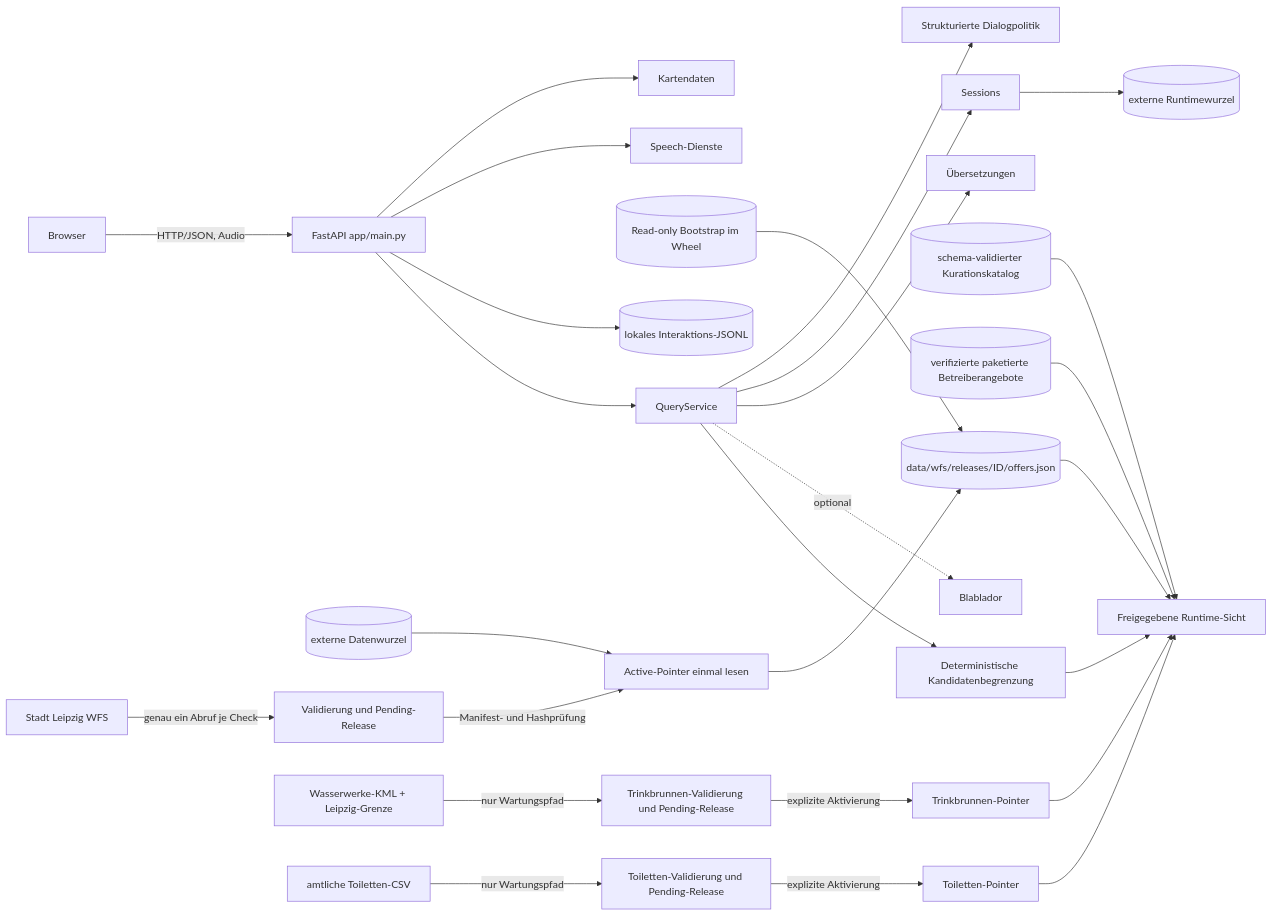
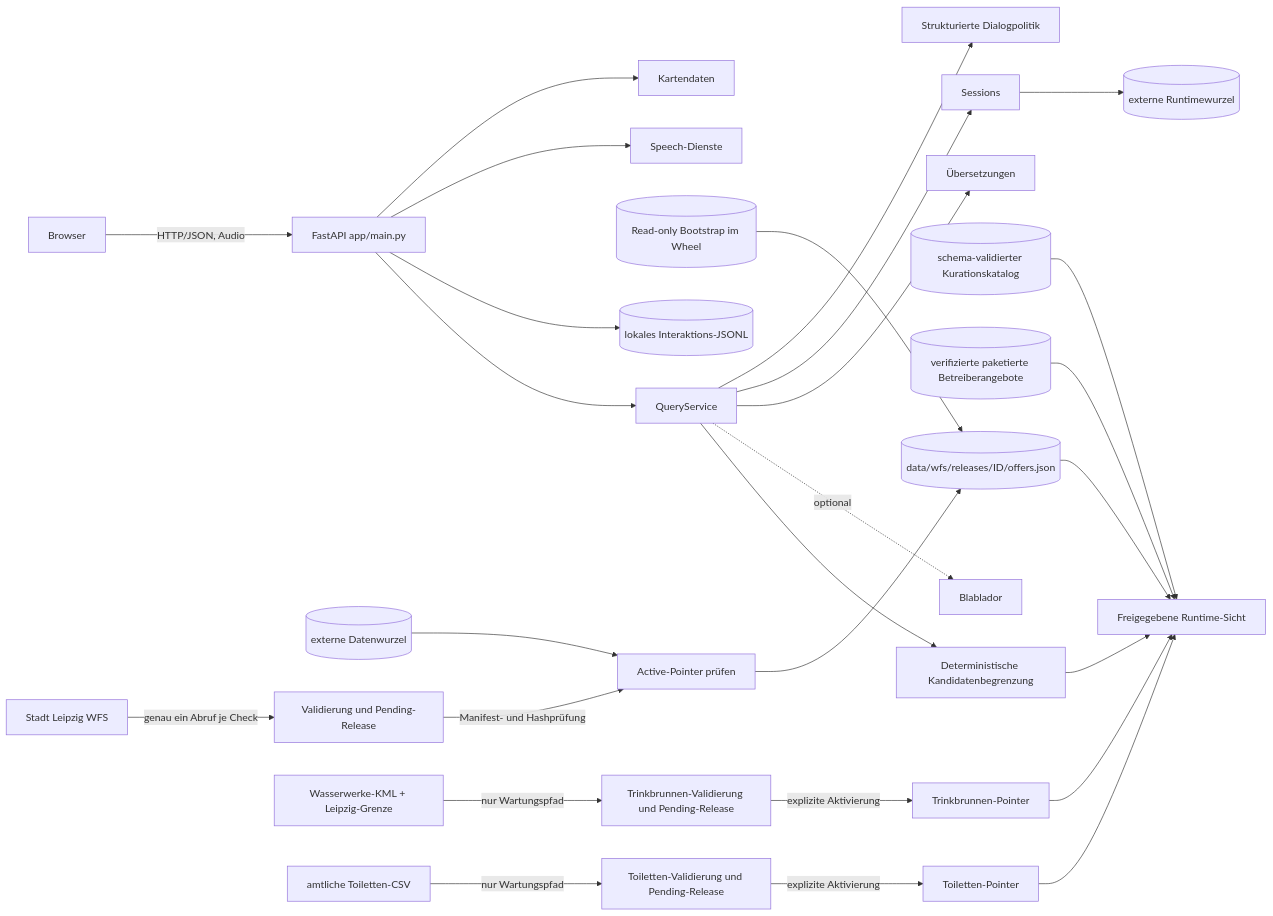
The diagram in docs/architecture.md (HannahHoffner/lena-grounded-voice-assistant), drawn with Mermaid before and after one commit. The commit also changed other lines of this file and 40 other files, not shown here.

````diff
--- a/docs/architecture.md
+++ b/docs/architecture.md
@@ -10,29 +10,29 @@
 ```mermaid
 flowchart LR
     U[Browser] -->|HTTP/JSON, Audio| A[FastAPI app/main.py]
     A --> S[QueryService]
     S --> R[Deterministische Kandidatenbegrenzung]
     S -. optional .-> L[Blablador]
     R --> Q[Freigegebene Runtime-Sicht]
-    C[Active-Pointer einmal lesen] --> K[(data/wfs/releases/ID/offers.json)]
+    C[Active-Pointer prüfen] --> K[(data/wfs/releases/ID/offers.json)]
     K --> Q
     V[(schema-validierter Kurationskatalog)] --> Q
     E[(verifizierte paketierte Betreiberangebote)] --> Q
     S --> I[Übersetzungen]
     S --> X[Sessions]
     S --> G[Strukturierte Dialogpolitik]
     B[(Read-only Bootstrap im Wheel)] --> K
     D[(externe Datenwurzel)] --> C
     X --> T[(externe Runtimewurzel)]
     A --> O[(lokales Interaktions-JSONL)]
     A --> P[Speech-Dienste]
     A --> M[Kartendaten]
     W[Stadt Leipzig WFS] -->|genau ein Abruf je Check| Y[Validierung und Pending-Release]
     Y -->|Manifest- und Hashprüfung| C
     F[Wasserwerke-KML + Leipzig-Grenze] -->|nur Wartungspfad| Z[Trinkbrunnen-Validierung und Pending-Release]
     Z -->|explizite Aktivierung| FC[Trinkbrunnen-Pointer]
     FC --> Q
     TCSV[amtliche Toiletten-CSV] -->|nur Wartungspfad| J[Toiletten-Validierung und Pending-Release]
     J -->|explizite Aktivierung| TC[Toiletten-Pointer]
     TC --> Q
 ```
````
